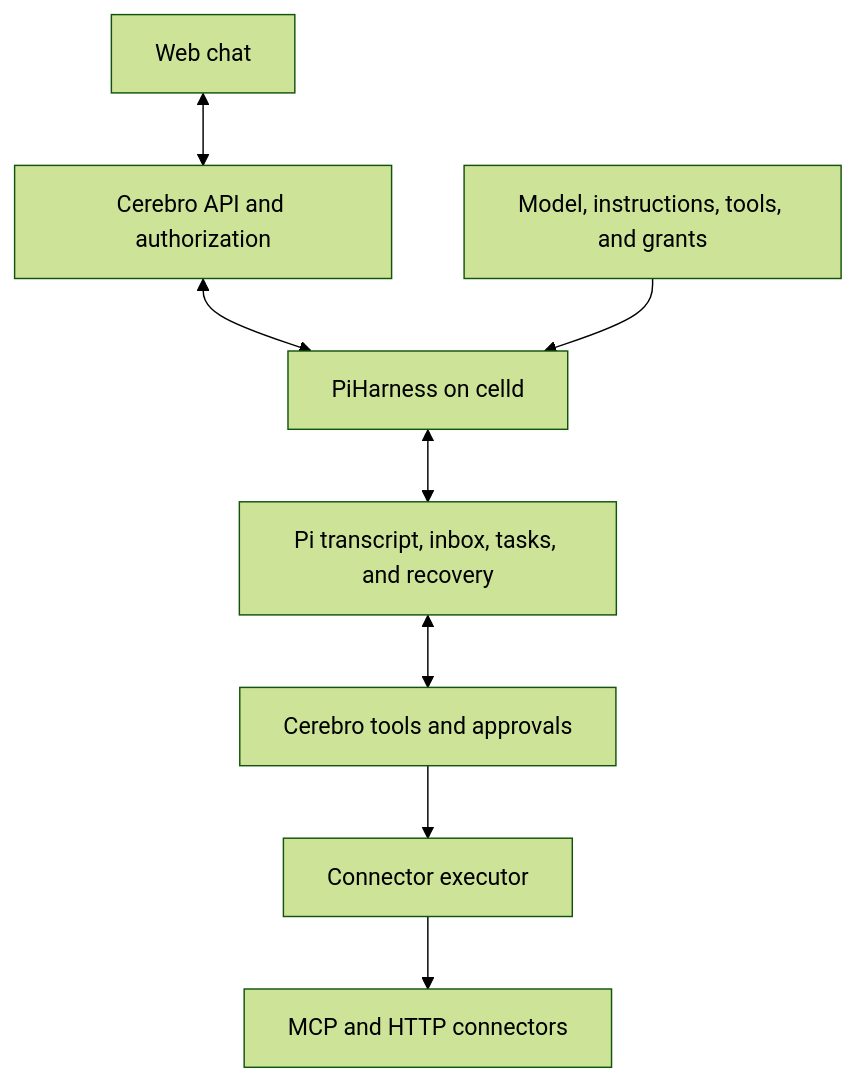
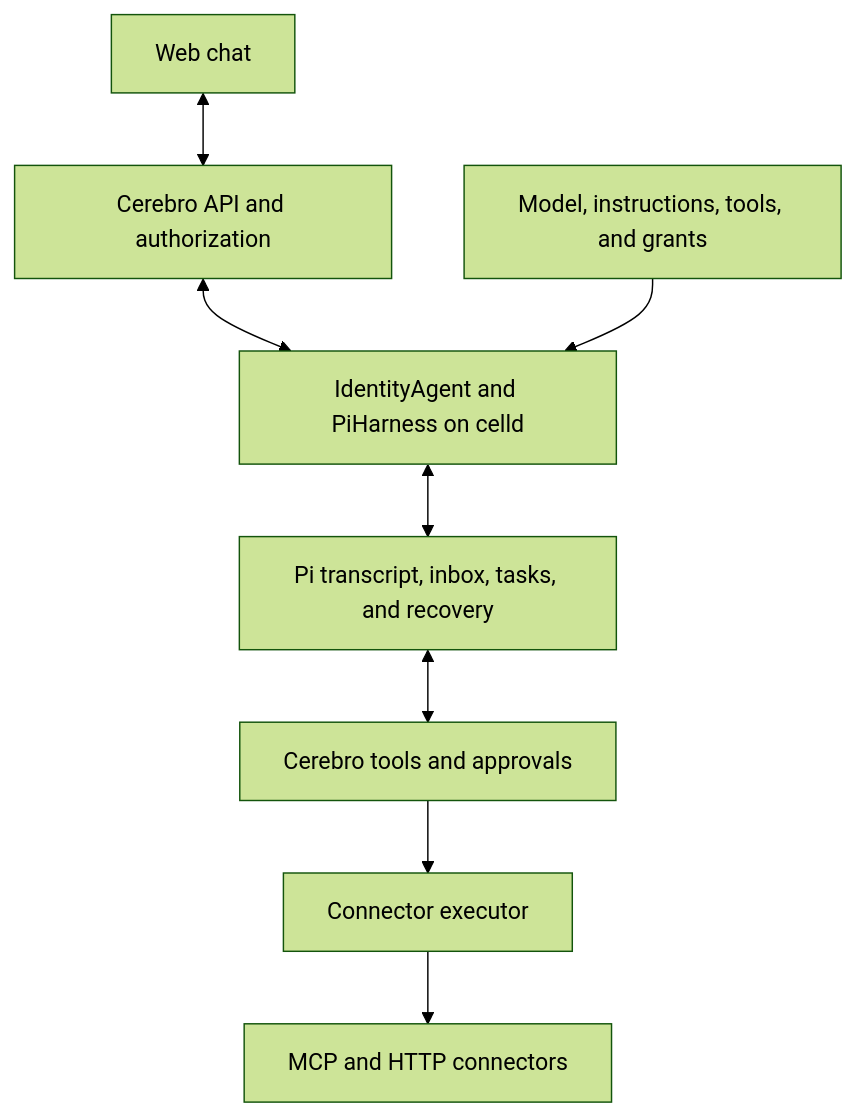
Before and after one commit to jhonsfran/cerebro: the diagram in docs/architecture/overview.md, drawn with Mermaid (forest theme). The commit also changed other lines of this file and 98 other files, not shown here.

Commit message:
Move Pi runtime to identity hosts and add native agent capabilities

````diff
--- a/docs/architecture/overview.md
+++ b/docs/architecture/overview.md
@@ -7,10 +7,10 @@
 ```mermaid
 flowchart TD
     Web[Web chat] <--> API[Cerebro API and authorization]
-    API <--> Host[PiHarness on celld]
+    API <--> Host[IdentityAgent and PiHarness on celld]
     Config[Model, instructions, tools, and grants] --> Host
     Host <--> Pi[Pi transcript, inbox, tasks, and recovery]
     Pi <--> Tools[Cerebro tools and approvals]
     Tools --> Connector[Connector executor]
     Connector --> Connectors[MCP and HTTP connectors]
 ```
````
